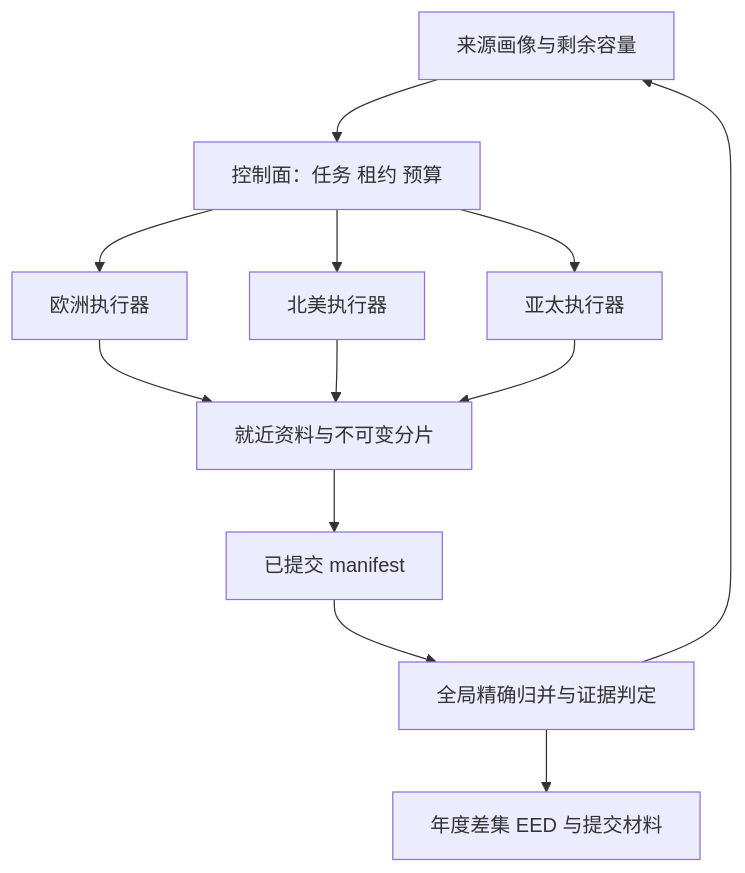
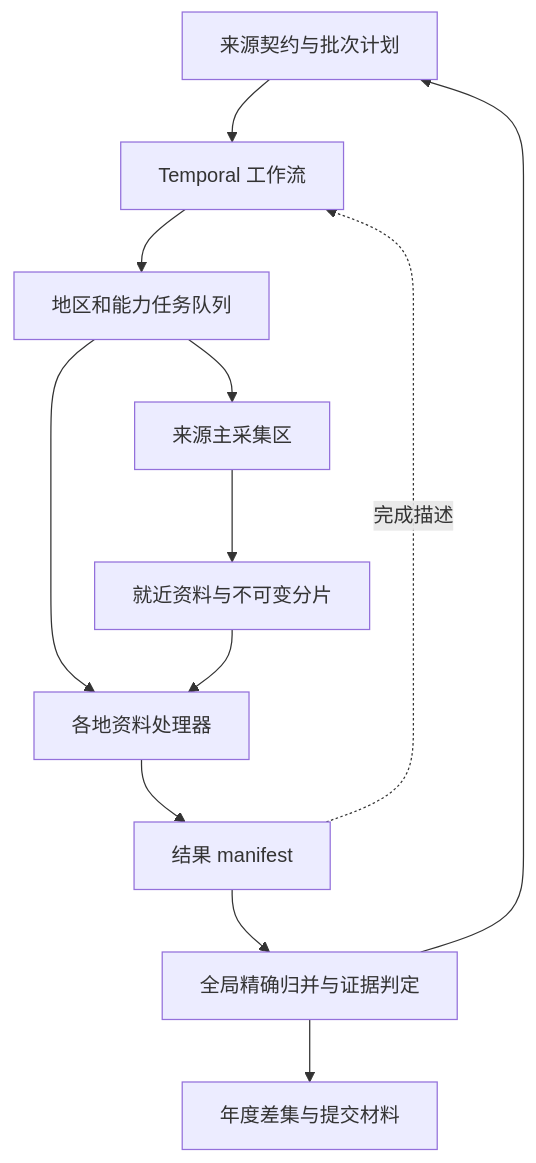
The diagram in docs/CAPACITY_AND_GLOBAL_EXECUTION.md (Qesire/Creeperman), drawn with Mermaid before and after one commit. The commit also changed other lines of this file and 5 other files, not shown here.

````diff
--- a/docs/CAPACITY_AND_GLOBAL_EXECUTION.md
+++ b/docs/CAPACITY_AND_GLOBAL_EXECUTION.md
@@ -188,14 +191,14 @@
 ```mermaid
 flowchart TD
-  P[来源画像与剩余容量] --> C[控制面：任务 租约 预算]
-  C --> E[欧洲执行器]
-  C --> N[北美执行器]
-  C --> A[亚太执行器]
-  E --> L[就近资料与不可变分片]
-  N --> L
-  A --> L
-  L --> M[已提交 manifest]
+  P[来源契约与批次计划] --> T[Temporal 工作流]
+  T --> Q[地区和能力任务队列]
+  Q --> F[来源主采集区]
+  Q --> W[各地资料处理器]
+  F --> D[就近资料与不可变分片]
+  D --> W
+  W --> M[结果 manifest]
   M --> R[全局精确归并与证据判定]
   R --> P
-  R --> X[年度差集 EED 与提交材料]
+  R --> X[年度差集与提交材料]
+  M -. 完成描述 .-> T
 ```
````
